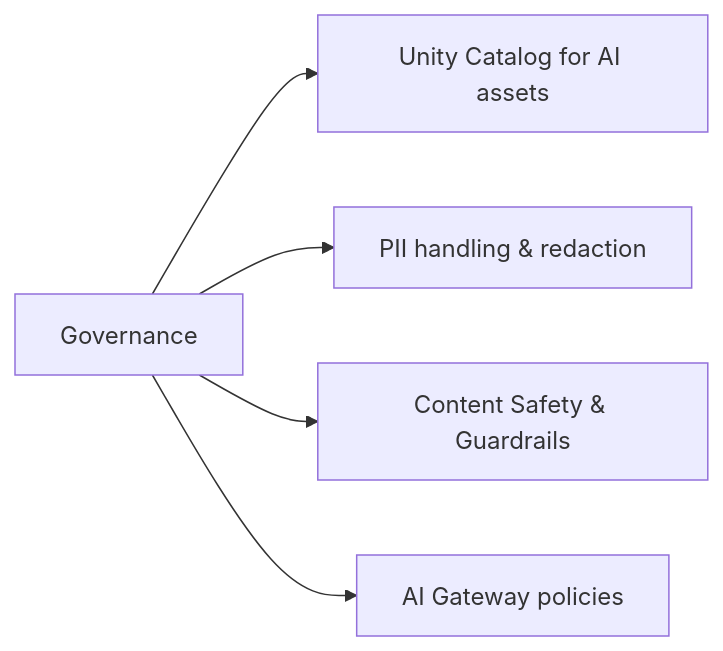
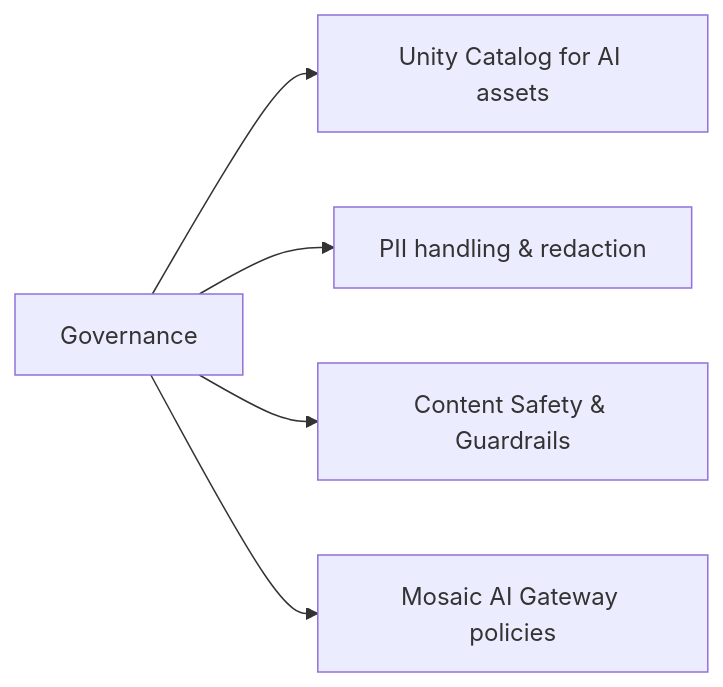
One commit to kengio/databricks-certification-study-guide changed the diagram in certifications/genai-engineer-associate/06-governance/README.md. Above: the diagram before and after it, drawn with Mermaid. The commit also changed other lines of this file and 4 other files, not shown here.

First line of the commit message:
review(round4): apply Mosaic AI Gateway branding + cross-links

````diff
--- a/certifications/genai-engineer-associate/06-governance/README.md
+++ b/certifications/genai-engineer-associate/06-governance/README.md
@@ -19,7 +19,7 @@
 ```mermaid
 flowchart LR
     Gov[Governance] --> UC[Unity Catalog for AI assets]
     Gov --> PII[PII handling & redaction]
     Gov --> Safety[Content Safety & Guardrails]
-    Gov --> AIG[AI Gateway policies]
+    Gov --> AIG[Mosaic AI Gateway policies]
 ```
````
